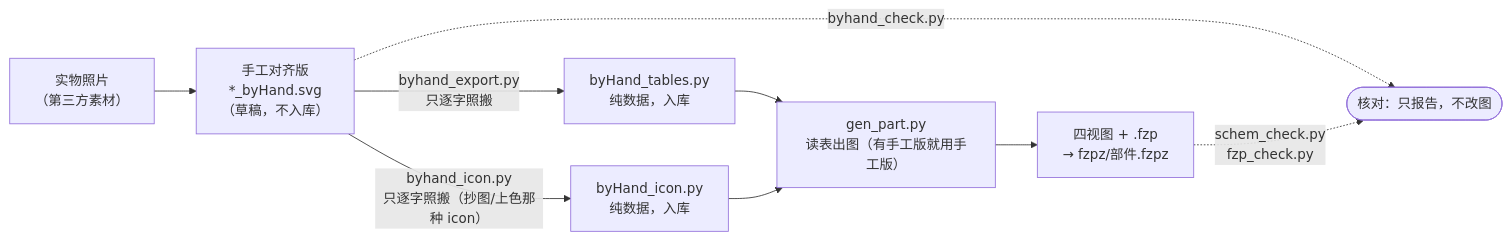
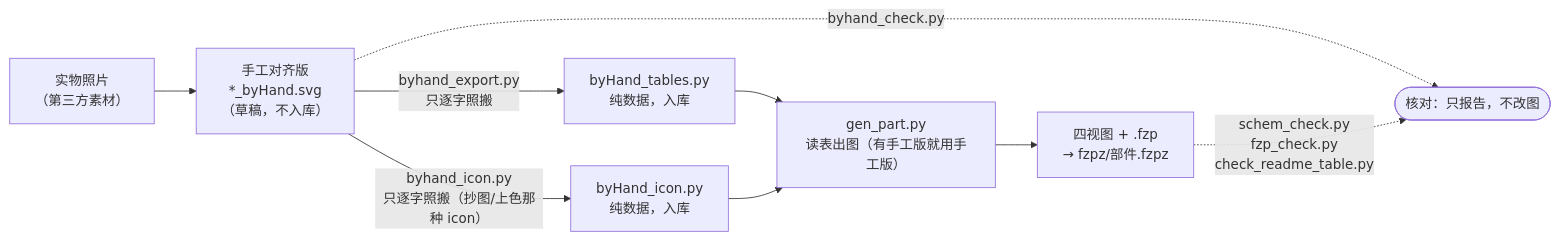
One commit to langhua/fritzing-parts-langhua changed the diagram in tools/README.md. Above: the diagram before and after it, drawn with Mermaid. The commit also changed other lines of this file and 2 other files, not shown here.

Commit message:
核对工具：tools/check_readme_table.py（README 表 ↔ fzpz/ 的机器守）+ AGENTS §11
- 新脚本 tools/check_readme_table.py：一条命令查三类错 ——
  ① 漏登（fzpz/*.fzpz 里 README 一个字都没提到的；支持 PB86-A0-*.fzpz 这类通配行，
     只写了名字没写 .fzpz 后缀的只提示不算错）
  ② 写错（表里写了但 fzpz/ 里没有的文件）
  ③ 数量（「共 N 个元件」须等于 make_preview.SHEETS 条目总数；「N 个 .fzpz」须等于目录实测）
  有问题退出码 1，可直接串进提交前检查。
- 反例自检：造一份「漏登 1 件 + 名字写错 1 件 + 两个数量都写错」的假 README/fzpz，
  三类问题全部报出、退出码 = 1（脚本本体在 _scratch，不入库）。
- 实测本仓：漏登 0 / 名字 0 错 / 111 与 116 都相符 → 全部通过。
- AGENTS §11 第 6 步把它列为必跑；教训段补「机器守」一句。
- tools/README：脚本表加一行说明 + 核对链 mermaid 补一条边。

````diff
--- a/tools/README.md
+++ b/tools/README.md
@@ -36,11 +36,11 @@
 ```mermaid
 flowchart LR
   P["实物照片<br/>（第三方素材）"] --> H["手工对齐版<br/>*_byHand.svg<br/>（草稿，不入库）"]
   H -->|"byhand_export.py<br/>只逐字照搬"| T["byHand_tables.py<br/>纯数据，入库"]
   H -->|"byhand_icon.py<br/>只逐字照搬（抄图/上色那种 icon）"| T2["byHand_icon.py<br/>纯数据，入库"]
   T --> G["gen_part.py<br/>读表出图（有手工版就用手工版）"]
   T2 --> G
   G --> O["四视图 + .fzp<br/>→ fzpz/部件.fzpz"]
   H -.->|"byhand_check.py"| C(["核对：只报告，不改图"])
-  O -.->|"schem_check.py<br/>fzp_check.py"| C
+  O -.->|"schem_check.py<br/>fzp_check.py<br/>check_readme_table.py"| C
 ```
````
